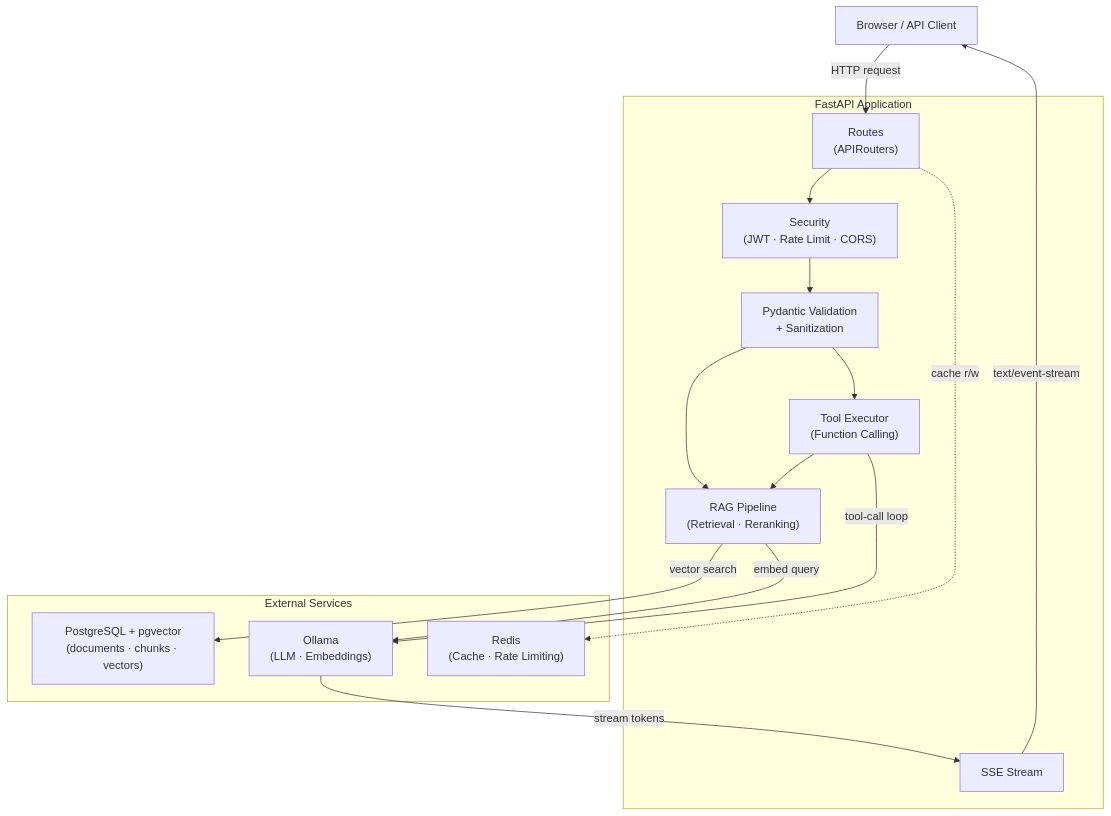
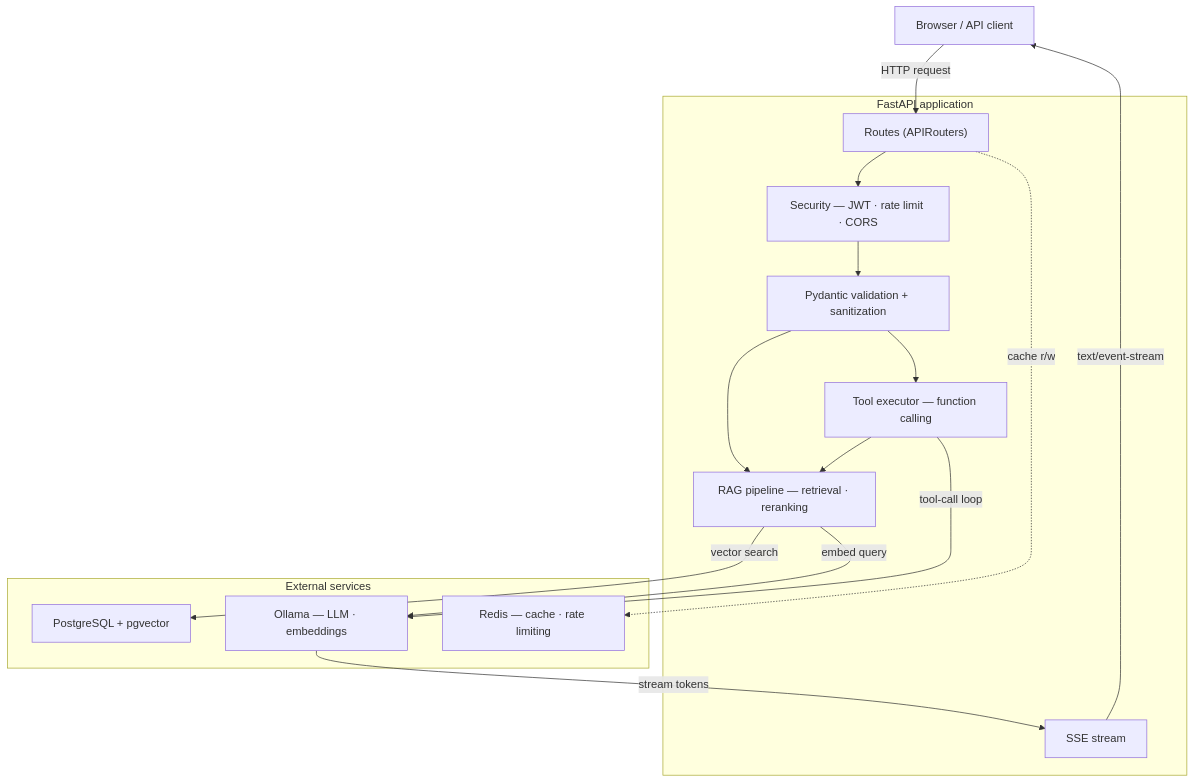
One commit to jwvanderstam/LocalChat changed the diagram in README.md. Above: the diagram before and after it, drawn with Mermaid. The commit also changed other lines of this file and 10 other files, not shown here.

````diff
--- a/README.md
+++ b/README.md
@@ -203,32 +92,32 @@
 ```mermaid
 flowchart TD
-    Browser["Browser / API Client"]
+    Browser["Browser / API client"]
 
-    subgraph FastAPI["FastAPI Application"]
-        Routes["Routes\n(APIRouters)"]
-        Auth["Security\n(JWT · Rate Limit · CORS)"]
-        Pydantic["Pydantic Validation\n+ Sanitization"]
-        RAG["RAG Pipeline\n(Retrieval · Reranking)"]
-        Tools["Tool Executor\n(Function Calling)"]
-        SSE["SSE Stream"]
+    subgraph FastAPI["FastAPI application"]
+        Routes["Routes (APIRouters)"]
+        Auth["Security — JWT · rate limit · CORS"]
+        Pydantic["Pydantic validation + sanitization"]
+        RAG["RAG pipeline — retrieval · reranking"]
+        Tools["Tool executor — function calling"]
+        SSE["SSE stream"]
     end
 
-    subgraph Services["External Services"]
-        PG["PostgreSQL + pgvector\n(documents · chunks · vectors)"]
-        Ollama["Ollama\n(LLM · Embeddings)"]
-        Redis["Redis\n(Cache · Rate Limiting)"]
+    subgraph Services["External services"]
+        PG["PostgreSQL + pgvector"]
+        Ollama["Ollama — LLM · embeddings"]
+        Redis["Redis — cache · rate limiting"]
     end
 
     Browser -->|HTTP request| Routes
     Routes --> Auth
     Auth --> Pydantic
     Pydantic --> RAG
     RAG -->|vector search| PG
     RAG -->|embed query| Ollama
     Pydantic --> Tools
     Tools -->|tool-call loop| Ollama
     Tools --> RAG
     Ollama -->|stream tokens| SSE
     SSE -->|text/event-stream| Browser
     Routes -.->|cache r/w| Redis
 ```
````
